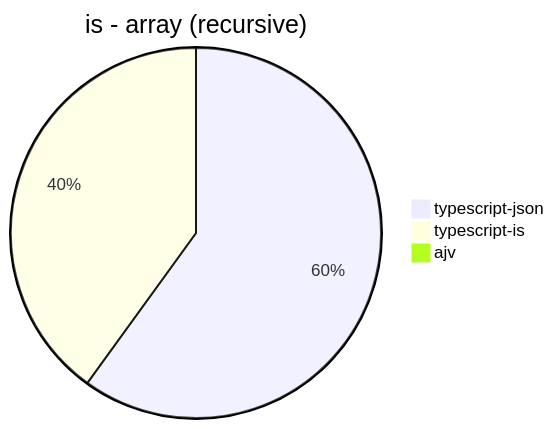
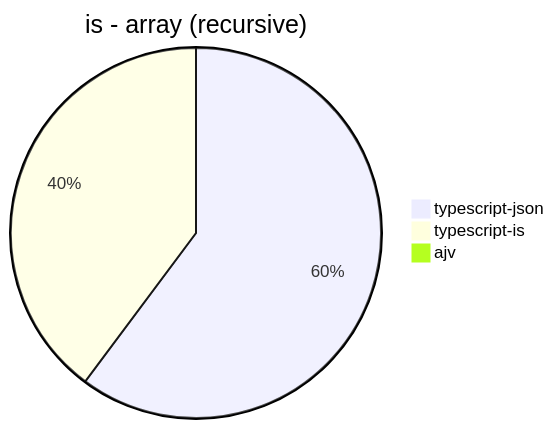
Diagram 11 of 30 in benchmark/results/Apple M1.md (samchon/typia), drawn with Mermaid before and after one commit. The commit also changed other lines of this file, not shown here.

````diff
--- a/benchmark/results/Apple M1.md
+++ b/benchmark/results/Apple M1.md
@@ -108,6 +109,6 @@
 ```mermaid
 pie title is - array (recursive)
-  "typescript-json": 7159.955670483931
-  "typescript-is": 4777.777777777777
+  "typescript-json": 6898.0024748099695
+  "typescript-is": 4559.86996568539
   "ajv": 0
 ```
````
